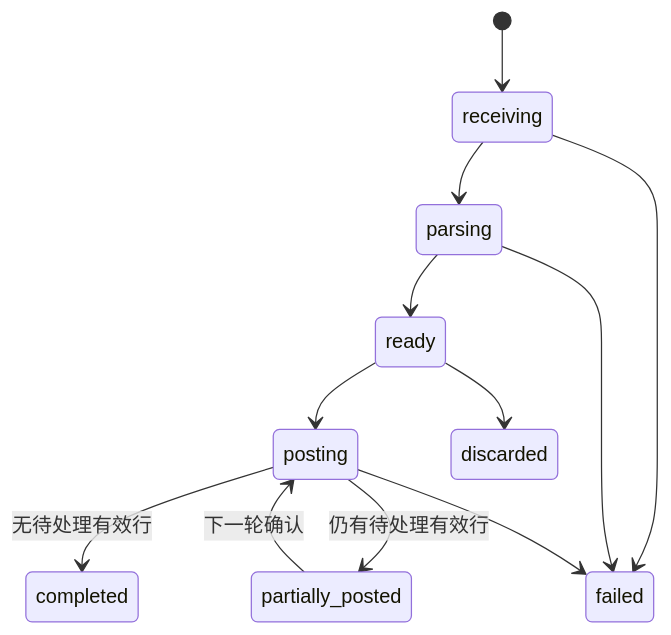
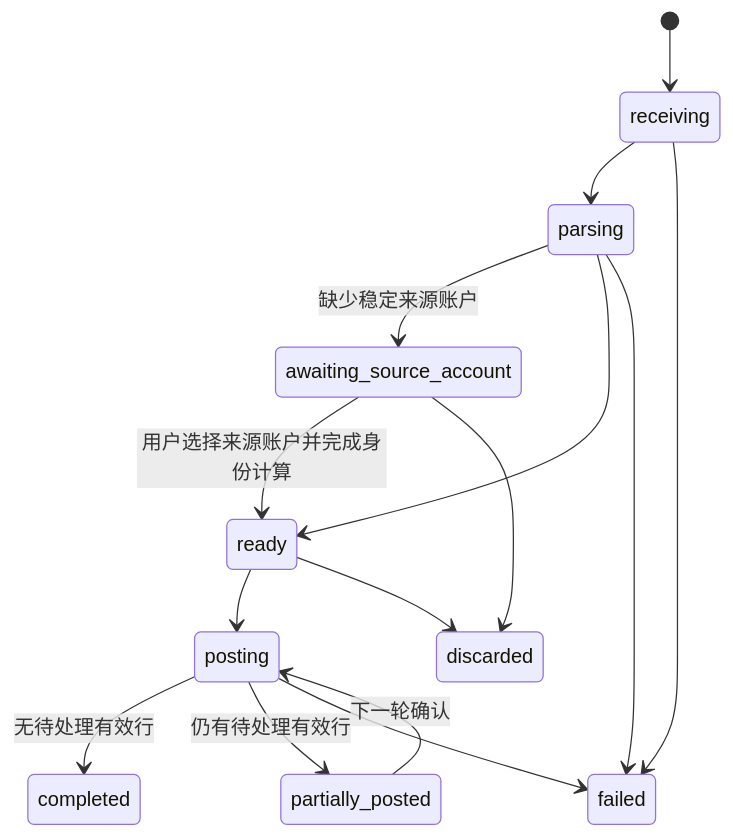
The fourth of 4 diagrams in docs/个人财务实施规划.md (gaohongxiang/catledger), drawn with Mermaid before and after one commit. The commit also changed other lines of this file and 25 other files, not shown here.

```diff
--- a/docs/个人财务实施规划.md
+++ b/docs/个人财务实施规划.md
@@ -610,14 +681,17 @@
 ~~~mermaid
 stateDiagram-v2
     [*] --> receiving
     receiving --> parsing
     receiving --> failed
+    parsing --> awaiting_source_account: 缺少稳定来源账户
+    awaiting_source_account --> ready: 用户选择来源账户并完成身份计算
+    awaiting_source_account --> discarded
     parsing --> ready
     parsing --> failed
     ready --> posting
     ready --> discarded
     posting --> completed: 无待处理有效行
     posting --> partially_posted: 仍有待处理有效行
     posting --> failed
     partially_posted --> posting: 下一轮确认
 ~~~
```
